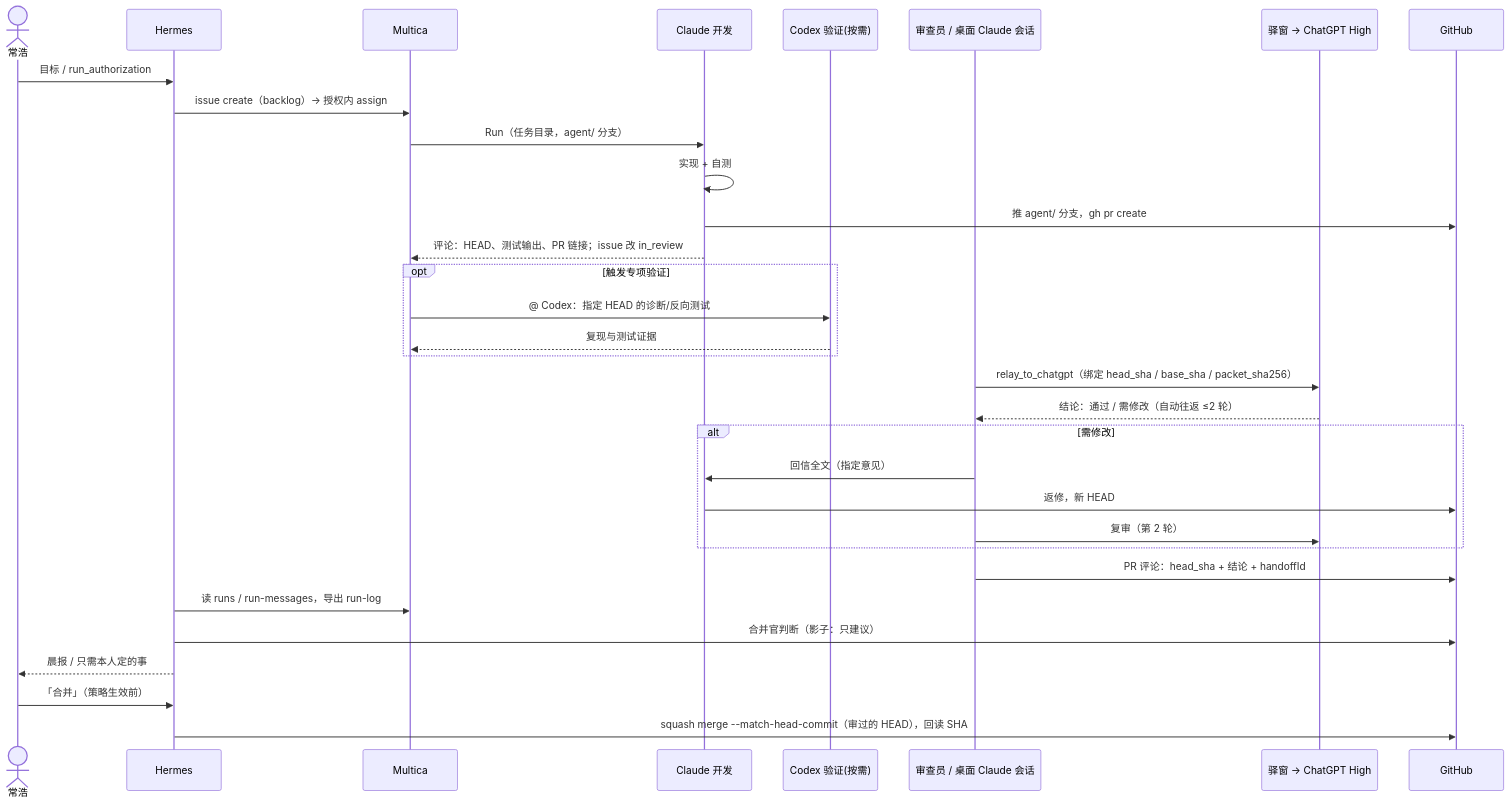
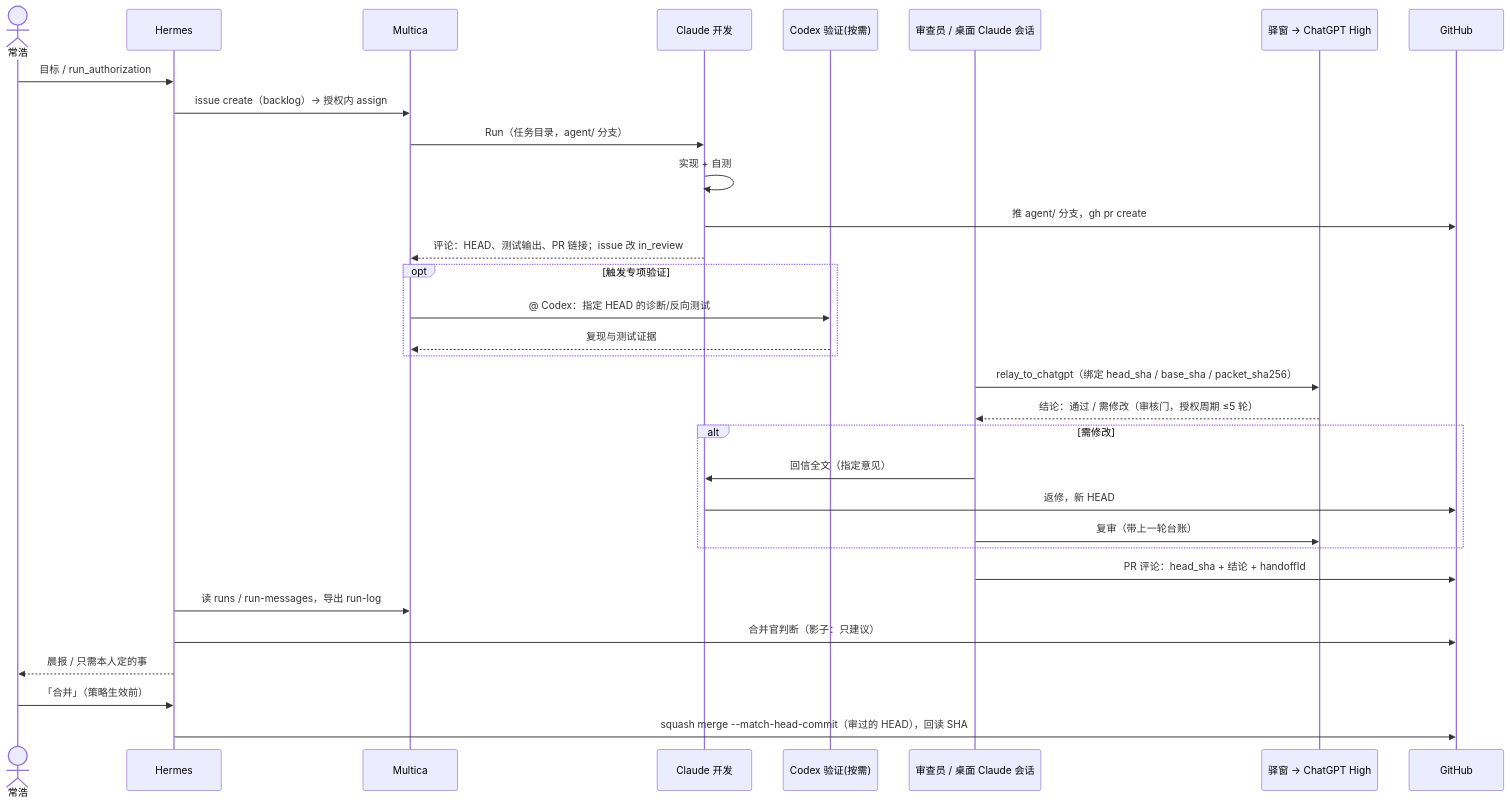
Before and after one commit to Natsukashii1997/digital-twin: the third of 4 diagrams in docs/DT-ORC/ARCHITECTURE.md, drawn with Mermaid. The commit also changed other lines of this file, not shown here.

First line of the commit message:
DT-ORC ARCHITECTURE 对齐 MA-02 v0.3：审核门、授权周期上限 5（#184）

````diff
--- a/docs/DT-ORC/ARCHITECTURE.md
+++ b/docs/DT-ORC/ARCHITECTURE.md
@@ -462,34 +462,34 @@
 ```mermaid
 sequenceDiagram
     actor Owner as 常浩
     participant H as Hermes
     participant M as Multica
     participant C as Claude 开发
     participant X as Codex 验证(按需)
     participant R as 审查员 / 桌面 Claude 会话
     participant P as 驿窗 → ChatGPT High
     participant GH as GitHub
     Owner->>H: 目标 / run_authorization
     H->>M: issue create（backlog）→ 授权内 assign
     M->>C: Run（任务目录，agent/ 分支）
     C->>C: 实现 + 自测
     C->>GH: 推 agent/ 分支，gh pr create
     C-->>M: 评论：HEAD、测试输出、PR 链接；issue 改 in_review
     opt 触发专项验证
       M->>X: @ Codex：指定 HEAD 的诊断/反向测试
       X-->>M: 复现与测试证据
     end
     R->>P: relay_to_chatgpt（绑定 head_sha / base_sha / packet_sha256）
-    P-->>R: 结论：通过 / 需修改（自动往返 ≤2 轮）
+    P-->>R: 结论：通过 / 需修改（审核门，授权周期 ≤5 轮）
     alt 需修改
       R->>C: 回信全文（指定意见）
       C->>GH: 返修，新 HEAD
-      R->>P: 复审（第 2 轮）
+      R->>P: 复审（带上一轮台账）
     end
     R->>GH: PR 评论：head_sha + 结论 + handoffId
     H->>M: 读 runs / run-messages，导出 run-log
     H->>GH: 合并官判断（影子：只建议）
     H-->>Owner: 晨报 / 只需本人定的事
     Owner->>H: 「合并」（策略生效前）
     H->>GH: squash merge --match-head-commit（审过的 HEAD），回读 SHA
 ```
````
